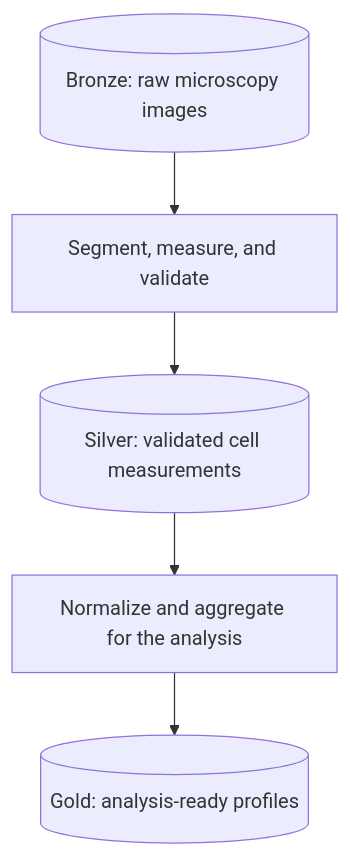
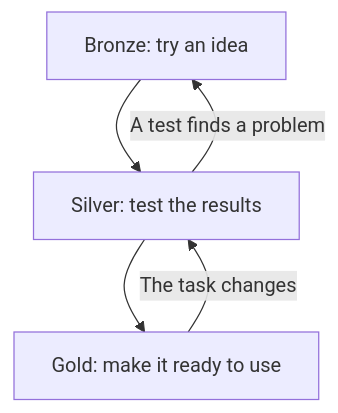
One commit to CU-DBMI/set-website changed the first of 5 diagrams in _posts/2026-10-09-when-code-becomes-metadata.md. Above: the diagram before and after it, drawn with Mermaid. The commit also changed other lines of this file, not shown here.

````diff
--- a/_posts/2026-10-09-when-code-becomes-metadata.md
+++ b/_posts/2026-10-09-when-code-becomes-metadata.md
@@ -111,7 +19,7 @@
 ```mermaid!
 flowchart TB
-    bronze[("Bronze: raw microscopy images")] --> measure["Segment, measure, and validate"]
-    measure --> silver[("Silver: validated cell measurements")]
-    silver --> profile["Normalize and aggregate for the analysis"]
-    profile --> gold[("Gold: analysis-ready profiles")]
+    bronze["Bronze: try an idea"] --> silver["Silver: test the results"]
+    silver --> gold["Gold: make it ready to use"]
+    silver -- "A test finds a problem" --> bronze
+    gold -- "The task changes" --> silver
 ```
````
